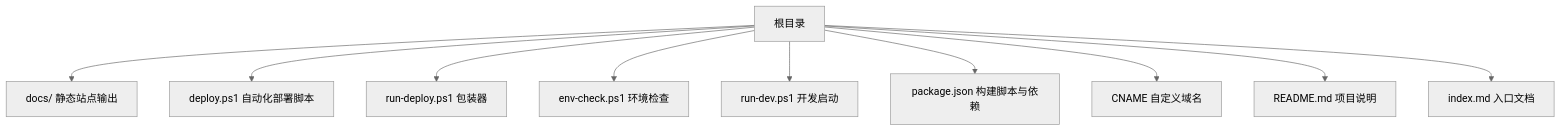
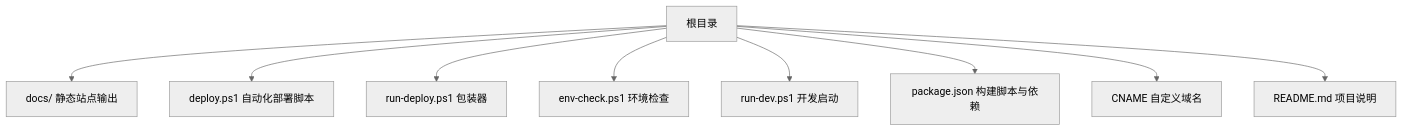
One commit to vincentline/MeeWoo.me changed the first of 5 diagrams in .qoder/repowiki/zh/content/部署说明.md. Above: the diagram before and after it, drawn with Mermaid (neutral theme). The commit also changed other lines of this file and 8 other files, not shown here.

````diff
--- a/.qoder/repowiki/zh/content/部署说明.md
+++ b/.qoder/repowiki/zh/content/部署说明.md
@@ -44,12 +50,11 @@
 ```mermaid
 graph TB
 A["根目录"] --> B["docs/ 静态站点输出"]
 A --> C["deploy.ps1 自动化部署脚本"]
 A --> D["run-deploy.ps1 包装器"]
 A --> E["env-check.ps1 环境检查"]
 A --> F["run-dev.ps1 开发启动"]
 A --> G["package.json 构建脚本与依赖"]
 A --> H["CNAME 自定义域名"]
 A --> I["README.md 项目说明"]
-A --> J["index.md 入口文档"]
 ```
````
